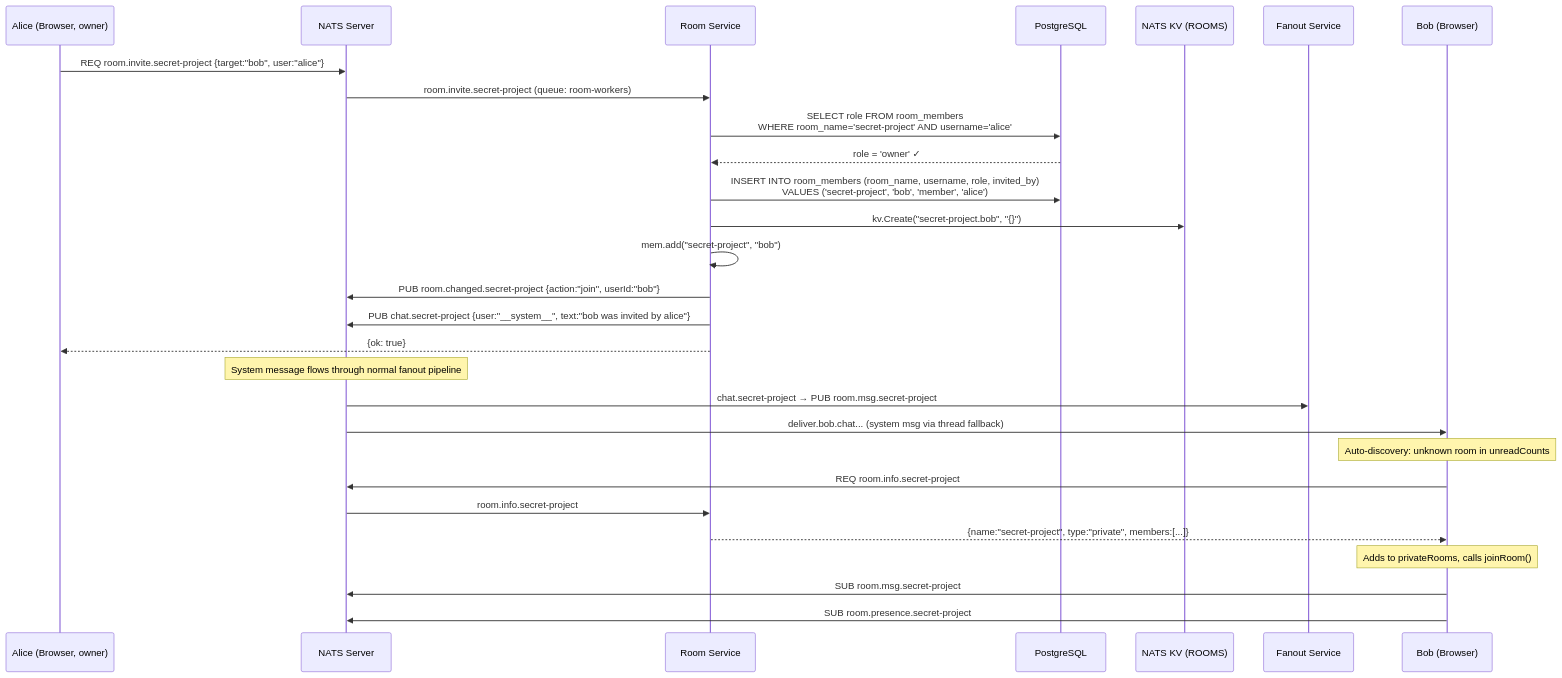
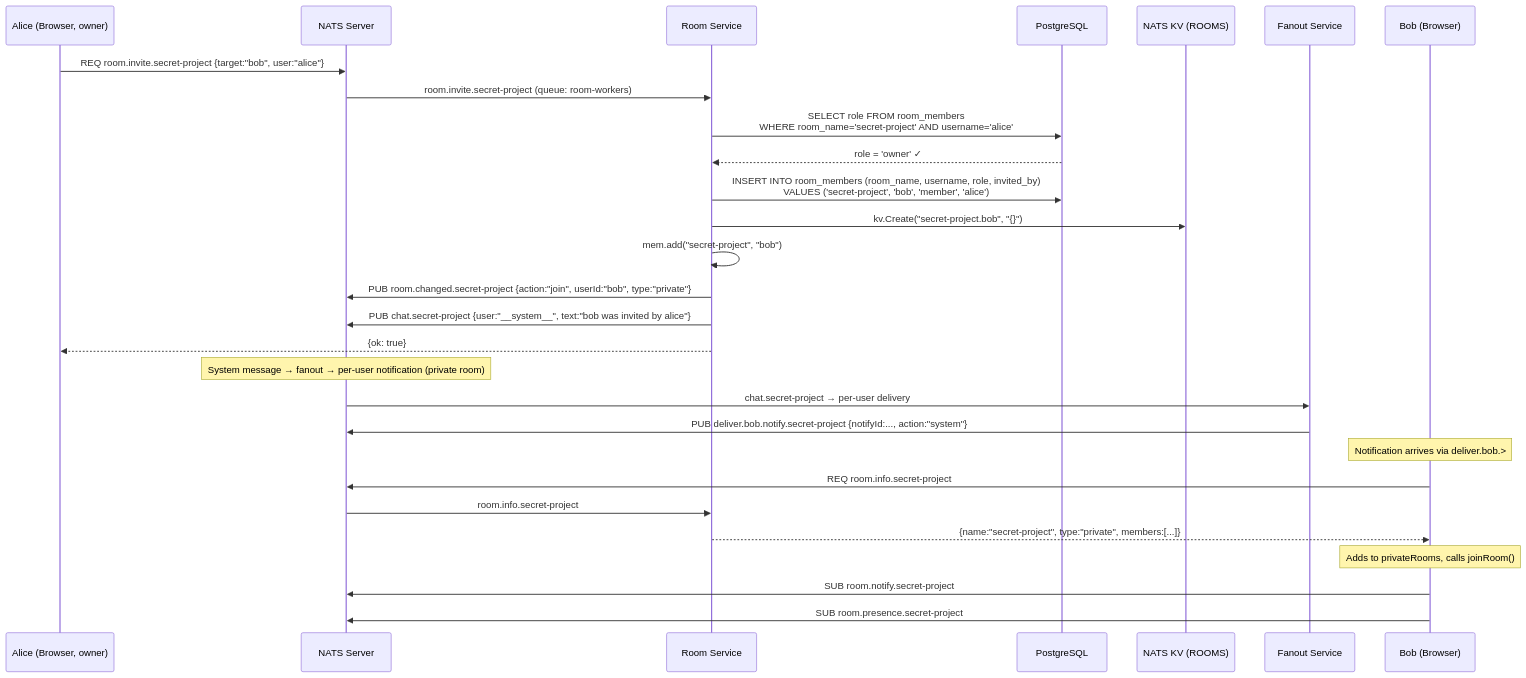
The seventh of 16 diagrams in docs/plans/2026-02-25-room-subscription-design.md (julianshen/nats-chat-keycloak), drawn with Mermaid before and after one commit. The commit also changed other lines of this file, not shown here.

First line of the commit message:
docs: rewrite room subscription design for two-stream architecture

````diff
--- a/docs/plans/2026-02-25-room-subscription-design.md
+++ b/docs/plans/2026-02-25-room-subscription-design.md
@@ -221,39 +274,39 @@
 ```mermaid
 sequenceDiagram
     participant Alice as Alice (Browser, owner)
     participant NATS as NATS Server
     participant RoomSvc as Room Service
     participant DB as PostgreSQL
     participant KV as NATS KV (ROOMS)
     participant Fanout as Fanout Service
     participant Bob as Bob (Browser)
 
     Alice->>NATS: REQ room.invite.secret-project {target:"bob", user:"alice"}
     NATS->>RoomSvc: room.invite.secret-project (queue: room-workers)
 
     RoomSvc->>DB: SELECT role FROM room_members<br/>WHERE room_name='secret-project' AND username='alice'
     DB-->>RoomSvc: role = 'owner' ✓
 
     RoomSvc->>DB: INSERT INTO room_members (room_name, username, role, invited_by)<br/>VALUES ('secret-project', 'bob', 'member', 'alice')
 
     RoomSvc->>KV: kv.Create("secret-project.bob", "{}")
     RoomSvc->>RoomSvc: mem.add("secret-project", "bob")
-    RoomSvc->>NATS: PUB room.changed.secret-project {action:"join", userId:"bob"}
+    RoomSvc->>NATS: PUB room.changed.secret-project {action:"join", userId:"bob", type:"private"}
 
     RoomSvc->>NATS: PUB chat.secret-project {user:"__system__", text:"bob was invited by alice"}
     RoomSvc-->>Alice: {ok: true}
 
-    Note over NATS: System message flows through normal fanout pipeline
+    Note over NATS: System message → fanout → per-user notification (private room)
 
-    NATS->>Fanout: chat.secret-project → PUB room.msg.secret-project
-    NATS->>Bob: deliver.bob.chat... (system msg via thread fallback)
+    NATS->>Fanout: chat.secret-project → per-user delivery
+    Fanout->>NATS: PUB deliver.bob.notify.secret-project {notifyId:..., action:"system"}
 
-    Note over Bob: Auto-discovery: unknown room in unreadCounts
+    Note over Bob: Notification arrives via deliver.bob.>
     Bob->>NATS: REQ room.info.secret-project
     NATS->>RoomSvc: room.info.secret-project
     RoomSvc-->>Bob: {name:"secret-project", type:"private", members:[...]}
 
     Note over Bob: Adds to privateRooms, calls joinRoom()
-    Bob->>NATS: SUB room.msg.secret-project
+    Bob->>NATS: SUB room.notify.secret-project
     Bob->>NATS: SUB room.presence.secret-project
 ```
````
